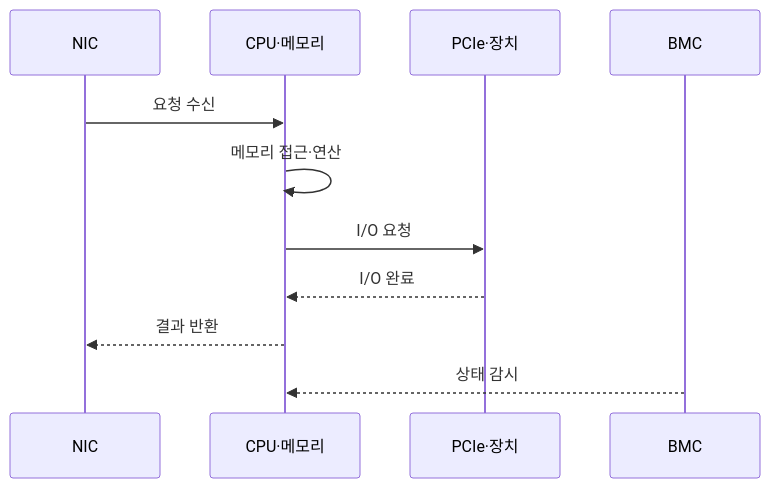
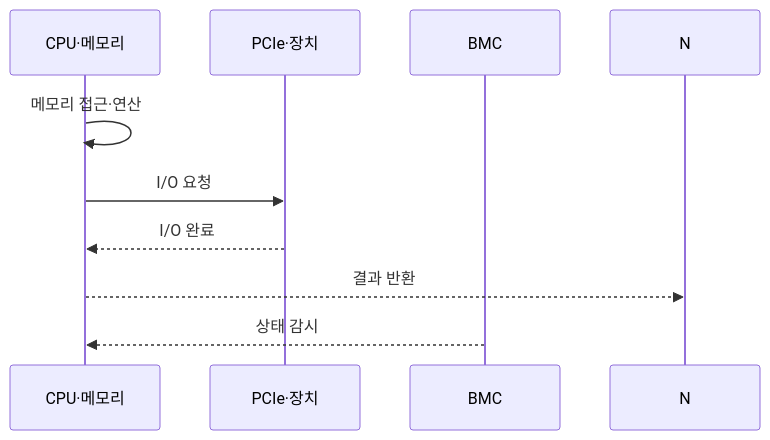
The second of 2 diagrams in src/content/docs/notes/02-hardware/054_data_center_server_architecture.md (agnusdei1207/knowledge-base), drawn with Mermaid before and after one commit. The commit also changed other lines of this file and 17 other files, not shown here.

````diff
--- a/src/content/docs/notes/02-hardware/054_data_center_server_architecture.md
+++ b/src/content/docs/notes/02-hardware/054_data_center_server_architecture.md
@@ -92,13 +92,11 @@
 ```mermaid
 sequenceDiagram
-    participant N as NIC
     participant C as CPU·메모리
     participant I as PCIe·장치
     participant B as BMC
-    N->>C: 요청 수신
     C->>C: 메모리 접근·연산
     C->>I: I/O 요청
     I-->>C: I/O 완료
     C-->>N: 결과 반환
     B-->>C: 상태 감시
 ```
````
